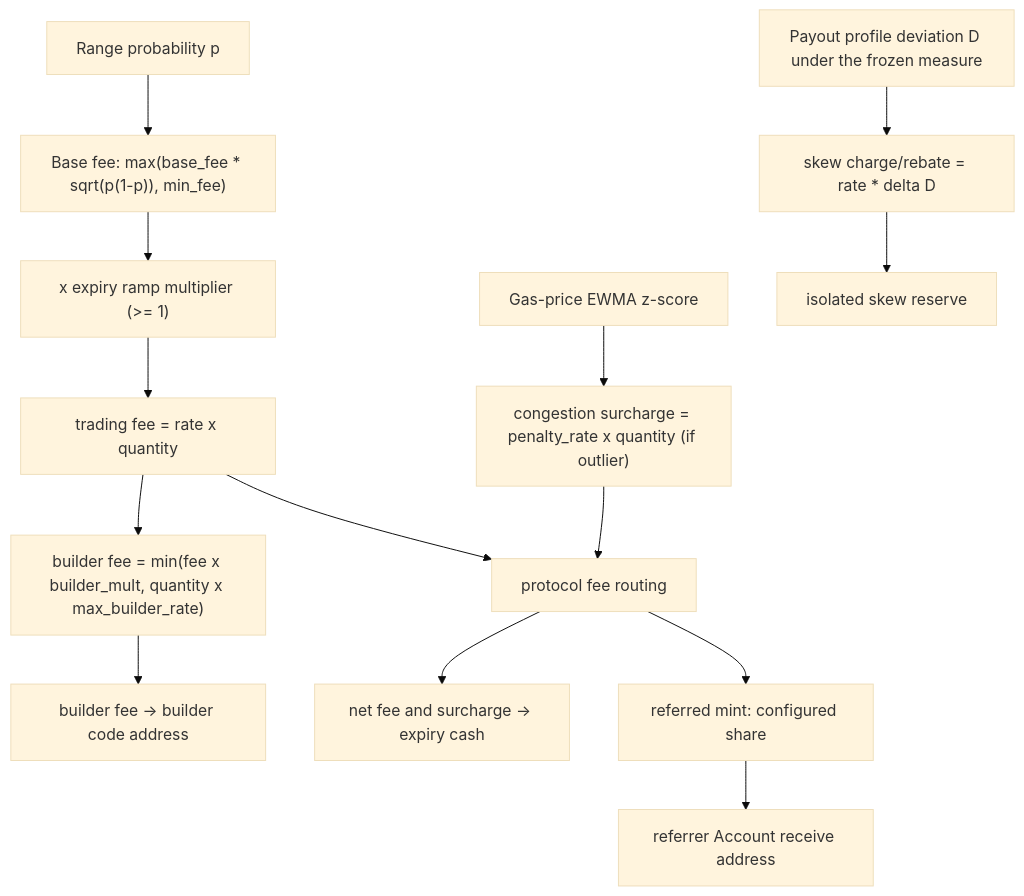
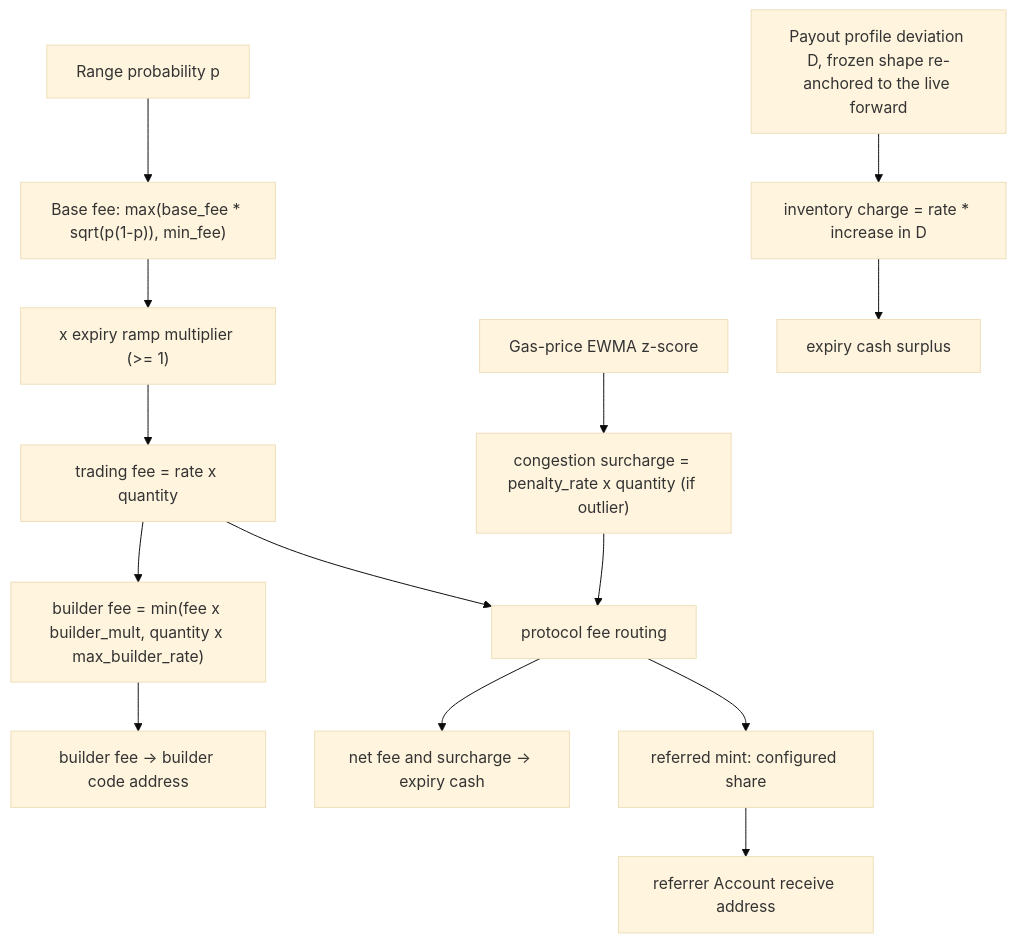
Before and after one commit to MystenLabs/deepbookv3: the diagram in packages/predict/docs/concepts/fees-and-rebates.md, drawn with Mermaid (base theme). The commit also changed other lines of this file and 37 other files, not shown here.

````diff
--- a/packages/predict/docs/concepts/fees-and-rebates.md
+++ b/packages/predict/docs/concepts/fees-and-rebates.md
@@ -132,16 +134,16 @@
 ```mermaid
 flowchart TD
     P[Range probability p] --> BF["Base fee: max(base_fee * sqrt(p(1-p)), min_fee)"]
     BF --> RAMP["x expiry ramp multiplier (>= 1)"]
     RAMP --> FEE[trading fee = rate x quantity]
     FEE --> BUILD["builder fee = min(fee x builder_mult, quantity x max_builder_rate)"]
     GAS[Gas-price EWMA z-score] --> CONG["congestion surcharge = penalty_rate x quantity (if outlier)"]
     BUILD --> BUILDER[builder fee -> builder code address]
     FEE --> ROUTE[protocol fee routing]
     CONG --> ROUTE
     ROUTE --> COLLECT[net fee and surcharge -> expiry cash]
     ROUTE --> REF[referred mint: configured share]
     REF --> RACCOUNT[referrer Account receive address]
-    D[Payout profile deviation D under the frozen measure] --> SKEW["skew charge/rebate = rate * delta D"]
-    SKEW --> SRESERVE[isolated skew reserve]
+    D[Payout profile deviation D, frozen shape re-anchored to the live forward] --> SKEW["inventory charge = rate * increase in D"]
+    SKEW --> SURPLUS[expiry cash surplus]
 ```
````
